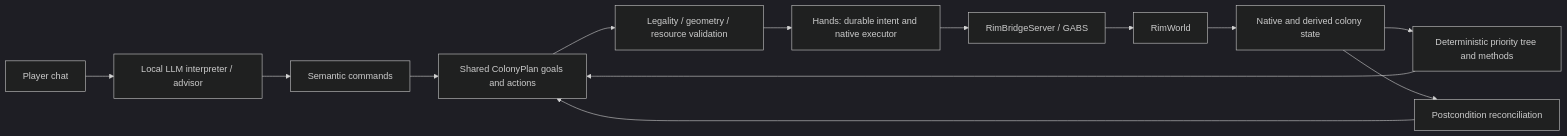
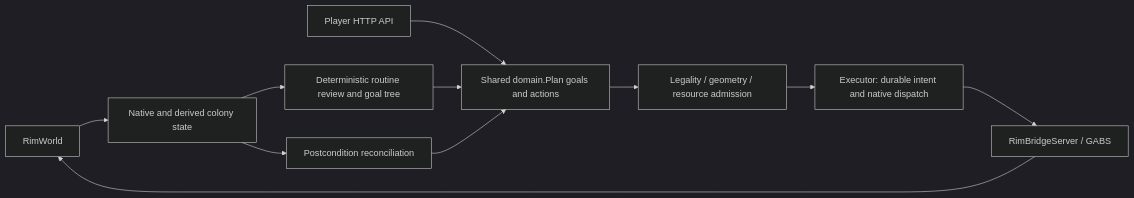
The diagram in docs/developers/source-map.md (davidarcher/rimgovernor), drawn with Mermaid (dark theme) before and after one commit. The commit also changed other lines of this file and 600 other files, not shown here.

````diff
--- a/docs/developers/source-map.md
+++ b/docs/developers/source-map.md
@@ -8,15 +10,13 @@
 ```mermaid
 flowchart LR
-    Player[Player chat] --> Model[Local LLM interpreter / advisor]
     Game[RimWorld] --> Facts[Native and derived colony state]
-    Facts --> Controller[Deterministic priority tree and methods]
-    Model --> Intent[Semantic commands]
-    Intent --> Plan[Shared ColonyPlan goals and actions]
-    Controller --> Plan
-    Plan --> Validate[Legality / geometry / resource validation]
-    Validate --> Hands[Hands: durable intent and native executor]
-    Hands --> Bridge[RimBridgeServer / GABS]
+    Facts --> Policy[Deterministic routine review and goal tree]
+    Player[Player HTTP API] --> Plan[Shared domain.Plan goals and actions]
+    Policy --> Plan
+    Plan --> Validate[Legality / geometry / resource admission]
+    Validate --> Executor[Executor: durable intent and native dispatch]
+    Executor --> Bridge[RimBridgeServer / GABS]
     Bridge --> Game
     Facts --> Outcomes[Postcondition reconciliation]
     Outcomes --> Plan
 ```
````
